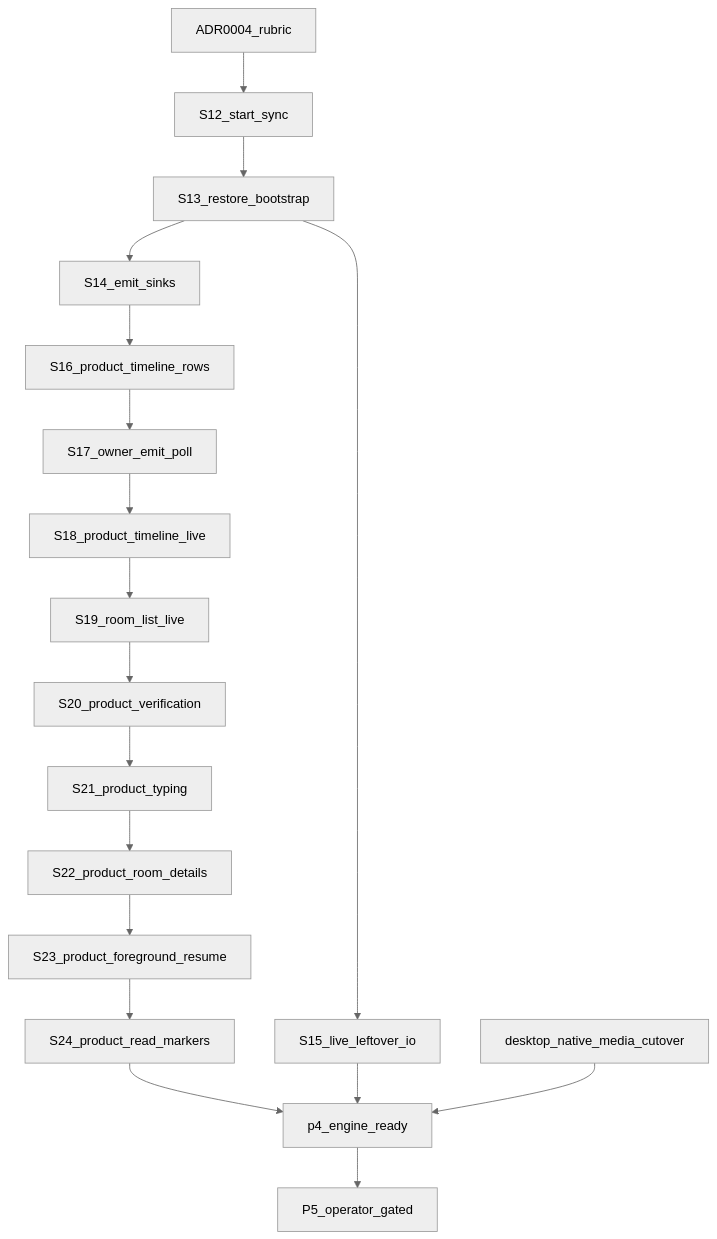
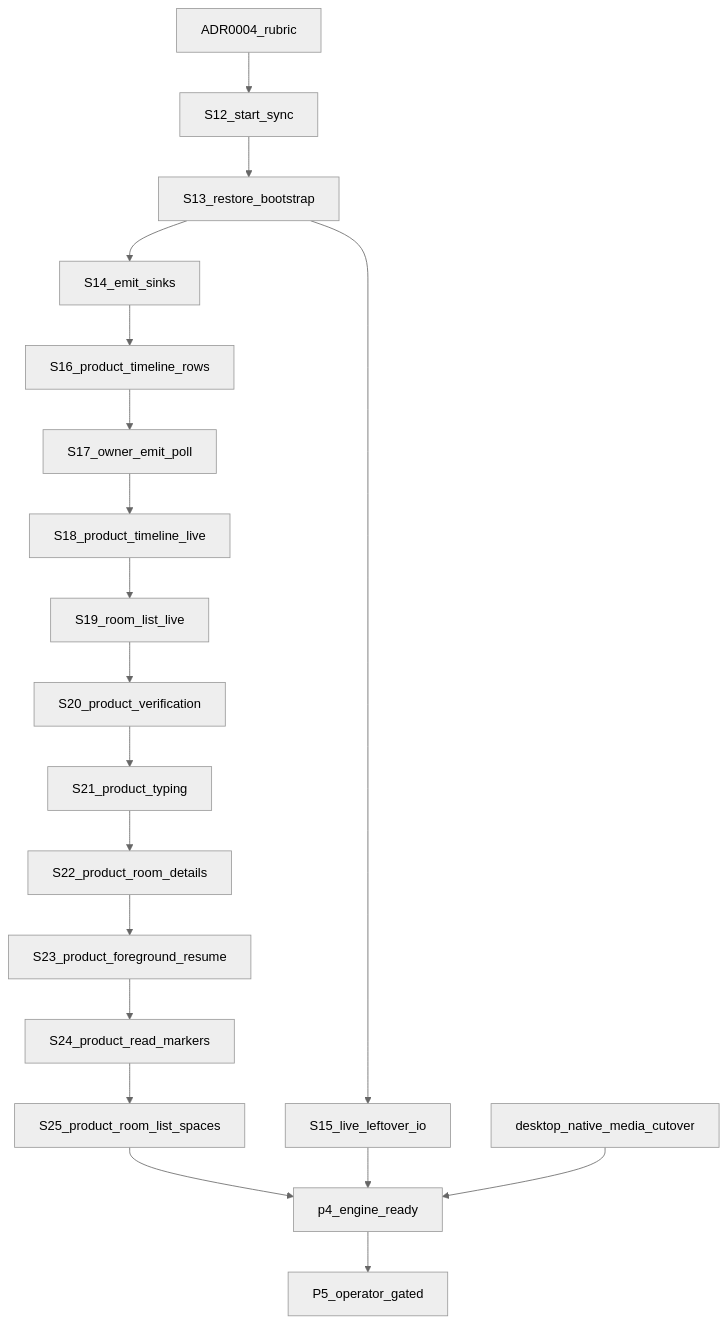
The diagram in docs/shared-native-core/13-language-boundary-goal-graph.md (nepenth/synara-desktop), drawn with Mermaid (neutral theme) before and after one commit. The commit also changed other lines of this file and 5 other files, not shown here.

````diff
--- a/docs/shared-native-core/13-language-boundary-goal-graph.md
+++ b/docs/shared-native-core/13-language-boundary-goal-graph.md
@@ -46,38 +46,40 @@
 ```mermaid
 flowchart TD
   adr0004[ADR0004_rubric]
   s12[S12_start_sync]
   s13[S13_restore_bootstrap]
   s14[S14_emit_sinks]
   s15[S15_live_leftover_io]
   s16[S16_product_timeline_rows]
   s17[S17_owner_emit_poll]
   s18[S18_product_timeline_live]
   s19[S19_room_list_live]
   s20[S20_product_verification]
   s21[S21_product_typing]
   s22[S22_product_room_details]
   s23[S23_product_foreground_resume]
   s24[S24_product_read_markers]
+  s25[S25_product_room_list_spaces]
   media[desktop_native_media_cutover]
   done[p4_engine_ready]
   p5[P5_operator_gated]
 
   adr0004 --> s12
   s12 --> s13
   s13 --> s14
   s13 --> s15
   s14 --> s16
   s16 --> s17
   s17 --> s18
   s18 --> s19
   s19 --> s20
   s20 --> s21
   s21 --> s22
   s22 --> s23
   s23 --> s24
-  s24 --> done
+  s24 --> s25
+  s25 --> done
   s15 --> done
   media --> done
   done --> p5
 ```
````
